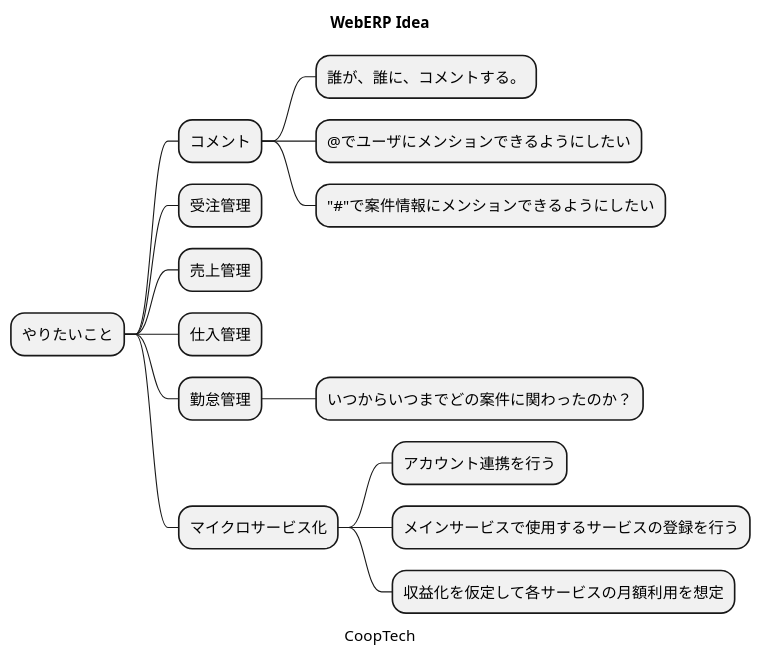
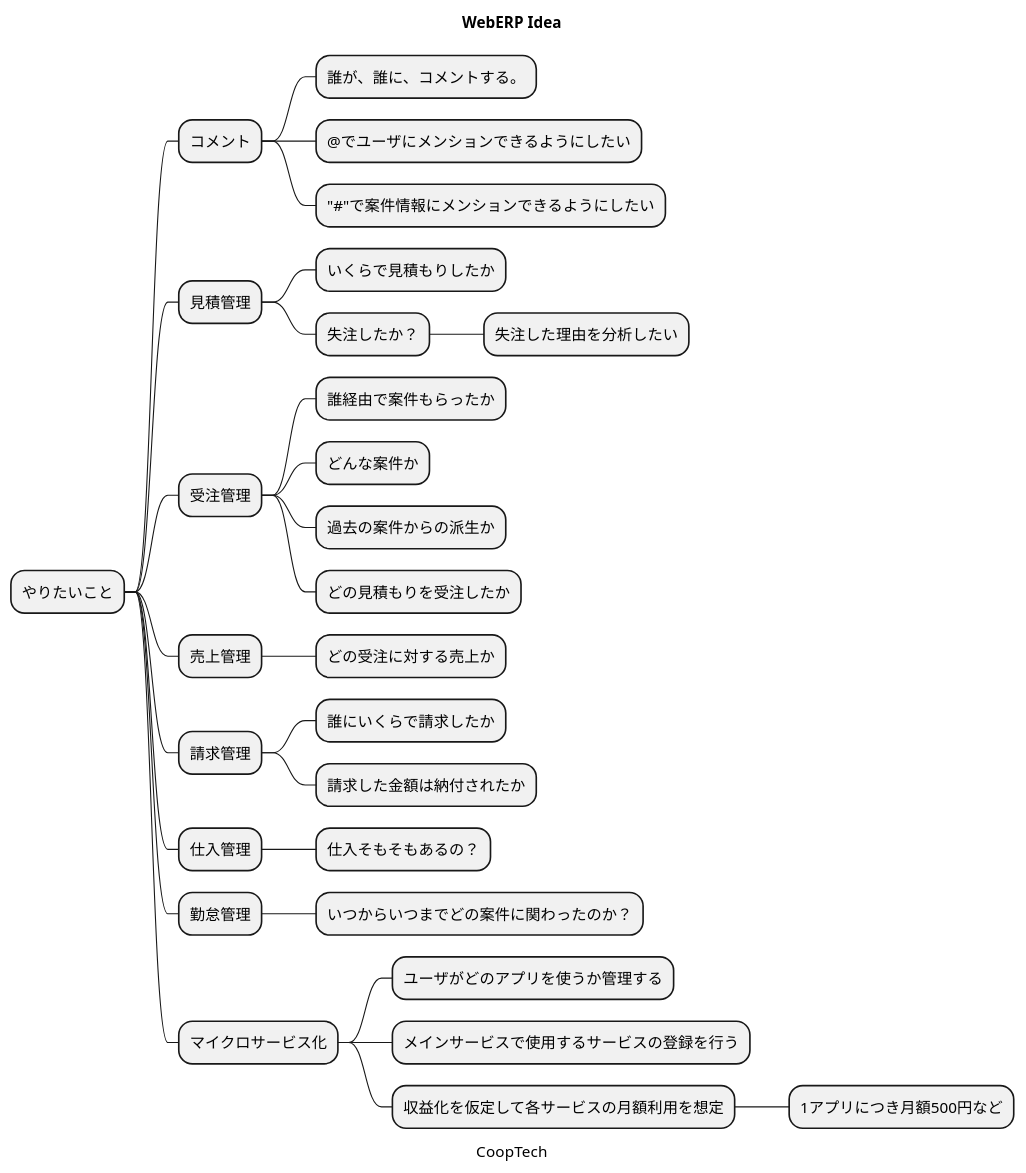
Before and after one commit to CoopTechOrg/WebERP: the diagram in docs/MindMap.puml, drawn with PlantUML. The commit also changed 1 other file, not shown here.

```diff
--- a/docs/MindMap.puml
+++ b/docs/MindMap.puml
@@ -1,22 +1,43 @@
 @startmindmap
 'https://plantuml.com/mindmap-diagram
 
 caption CoopTech
 title WebERP Idea
 
 * やりたいこと
 ** コメント
 *** 誰が、誰に、コメントする。
 *** @でユーザにメンションできるようにしたい
 *** "#"で案件情報にメンションできるようにしたい
+
+** 見積管理
+*** いくらで見積もりしたか
+*** 失注したか？
+**** 失注した理由を分析したい
+
 ** 受注管理
+*** 誰経由で案件もらったか
+*** どんな案件か
+*** 過去の案件からの派生か
+*** どの見積もりを受注したか
+
 ** 売上管理
+*** どの受注に対する売上か
+
+** 請求管理
+*** 誰にいくらで請求したか
+*** 請求した金額は納付されたか
+
 ** 仕入管理
+*** 仕入そもそもあるの？
+
 ** 勤怠管理
 *** いつからいつまでどの案件に関わったのか？
+
 ** マイクロサービス化
-*** アカウント連携を行う
+*** ユーザがどのアプリを使うか管理する
 *** メインサービスで使用するサービスの登録を行う
 *** 収益化を仮定して各サービスの月額利用を想定
+**** 1アプリにつき月額500円など
 
 @endmindmap
```
